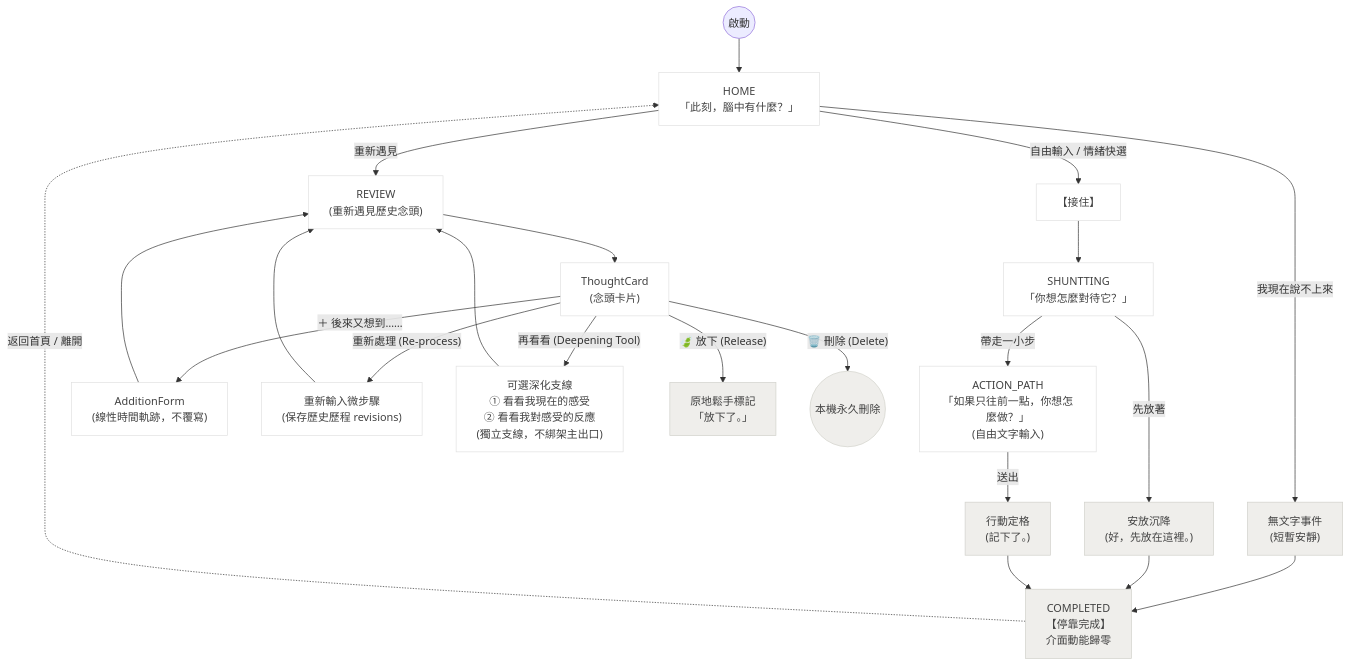
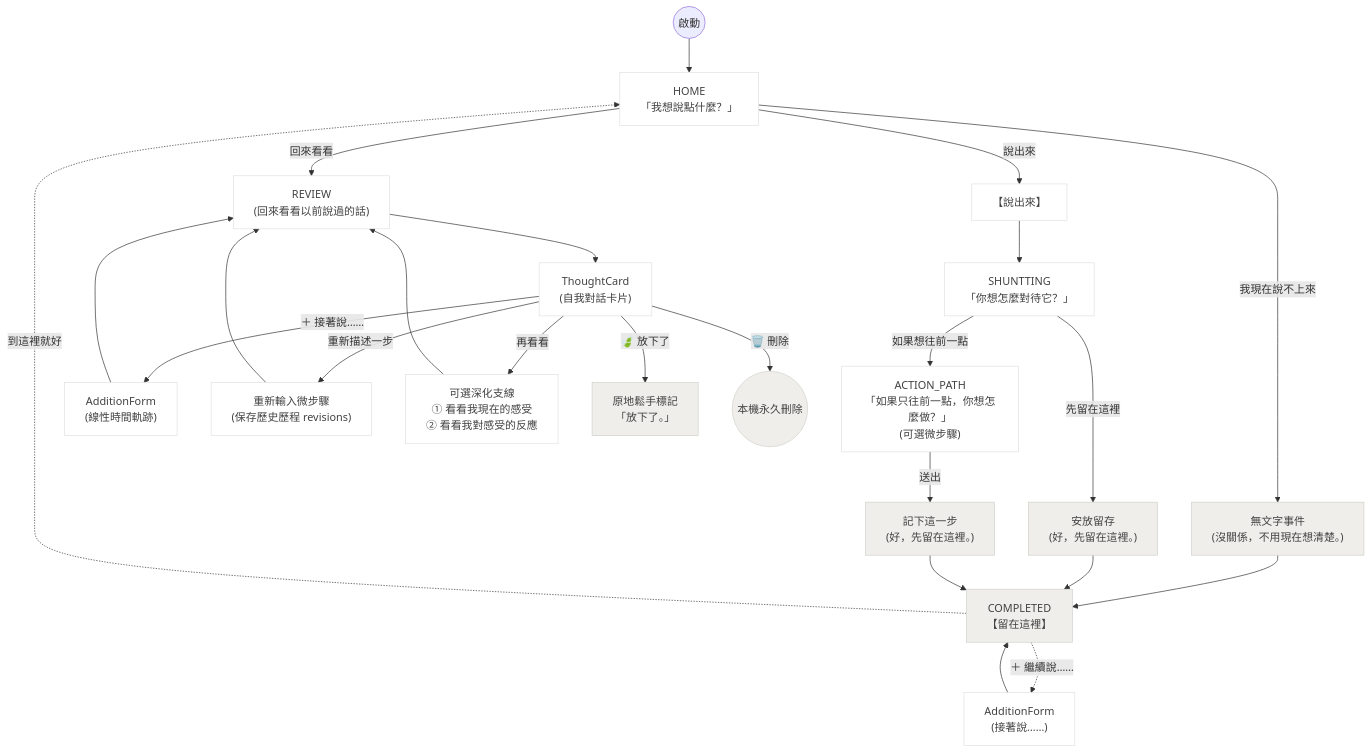
One commit to q5089877/privateMind changed the diagram in flow_diagram.md. Above: the diagram before and after it, drawn with Mermaid. The commit also changed 4 other files, not shown here.

````diff
--- a/flow_diagram.md
+++ b/flow_diagram.md
@@ -1,48 +1,50 @@
 ```mermaid
 flowchart TD
     %% 進入點
-    Start(("啟動")) --> HOME["HOME\n「此刻，腦中有什麼？」"]
+    Start(("啟動")) --> HOME["HOME\n「我想說點什麼？」"]
 
     %% HOME 選擇
-    HOME -- "自由輸入 / 情緒快選" --> RECEIVE["【接住】"]
-    HOME -- "我現在說不上來" --> UNPOKEN["無文字事件\n(短暫安靜)"]
-    HOME -- "重新遇見" --> REVIEW["REVIEW\n(重新遇見歷史念頭)"]
+    HOME -- "說出來" --> RECEIVE["【說出來】"]
+    HOME -- "我現在說不上來" --> UNPOKEN["無文字事件\n(沒關係，不用現在想清楚。)"]
+    HOME -- "回來看看" --> REVIEW["REVIEW\n(回來看看以前說過的話)"]
 
     RECEIVE --> SHUNTTING["SHUNTTING\n「你想怎麼對待它？」"]
 
-    %% SHUNTTING 只有二選一
-    SHUNTTING -- "先放著" --> DEPOSIT_END["安放沉降\n(好，先放在這裡。)"]
-    SHUNTTING -- "帶走一小步" --> ACTION_PATH["ACTION_PATH\n「如果只往前一點，你想怎麼做？」\n(自由文字輸入)"]
-    ACTION_PATH -- "送出" --> ACTION_END["行動定格\n(記下了。)"]
+    %% SHUNTTING
+    SHUNTTING -- "先留在這裡" --> DEPOSIT_END["安放留存\n(好，先留在這裡。)"]
+    SHUNTTING -- "如果想往前一點" --> ACTION_PATH["ACTION_PATH\n「如果只往前一點，你想怎麼做？」\n(可選微步驟)"]
+    ACTION_PATH -- "送出" --> ACTION_END["記下這一步\n(好，先留在這裡。)"]
 
-    %% 停靠完成態（動能歸零）
-    UNPOKEN --> COMPLETED["COMPLETED\n【停靠完成】\n介面動能歸零"]
+    %% 留存完成態
+    UNPOKEN --> COMPLETED["COMPLETED\n【留在這裡】"]
     DEPOSIT_END --> COMPLETED
     ACTION_END --> COMPLETED
 
-    %% 停靠後唯一出口（離開）
-    COMPLETED -. "返回首頁 / 離開" .-> HOME
+    %% 留存後出口
+    COMPLETED -. "到這裡就好" .-> HOME
+    COMPLETED -. "＋ 繼續說……" .-> ADDITION_COMPLETED["AdditionForm\n(接著說……)"]
+    ADDITION_COMPLETED --> COMPLETED
 
-    %% 重新遇見 (REVIEW) 與卡片互動模組
-    REVIEW --> TCARD["ThoughtCard\n(念頭卡片)"]
+    %% 回來看看 (REVIEW) 與卡片互動模組
+    REVIEW --> TCARD["ThoughtCard\n(自我對話卡片)"]
     
     %% 卡片支線操作
-    TCARD -- "＋ 後來又想到……" --> ADDITION_REVIEW["AdditionForm\n(線性時間軌跡，不覆寫)"]
+    TCARD -- "＋ 接著說……" --> ADDITION_REVIEW["AdditionForm\n(線性時間軌跡)"]
     ADDITION_REVIEW --> REVIEW
     
-    TCARD -- "重新處理 (Re-process)" --> REPROCESS["重新輸入微步驟\n(保存歷史歷程 revisions)"]
+    TCARD -- "重新描述一步" --> REPROCESS["重新輸入微步驟\n(保存歷史歷程 revisions)"]
     REPROCESS --> REVIEW
     
-    TCARD -- "再看看 (Deepening Tool)" --> DEEPEN["可選深化支線\n① 看看我現在的感受\n② 看看我對感受的反應\n(獨立支線，不綁架主出口)"]
+    TCARD -- "再看看" --> DEEPEN["可選深化支線\n① 看看我現在的感受\n② 看看我對感受的反應"]
     DEEPEN --> REVIEW
 
-    TCARD -- "🍃 放下 (Release)" --> RELEASE_STATE["原地鬆手標記\n「放下了。」"]
-    TCARD -- "🗑️ 刪除 (Delete)" --> DELETE_STATE(("本機永久刪除"))
+    TCARD -- "🍃 放下了" --> RELEASE_STATE["原地鬆手標記\n「放下了。」"]
+    TCARD -- "🗑️ 刪除" --> DELETE_STATE(("本機永久刪除"))
 
     %% 樣式定義
     classDef state fill:#FFFFFF,stroke:#E0E0E0,stroke-width:1px,color:#424242;
     classDef ending fill:#EFEEEB,stroke:#D1D1CB,stroke-width:1px,color:#424242;
     
-    class HOME,RECEIVE,SHUNTTING,ACTION_PATH,REVIEW,ADDITION_REVIEW,TCARD,REPROCESS,DEEPEN state;
+    class HOME,RECEIVE,SHUNTTING,ACTION_PATH,REVIEW,ADDITION_COMPLETED,ADDITION_REVIEW,TCARD,REPROCESS,DEEPEN state;
     class COMPLETED,DEPOSIT_END,ACTION_END,UNPOKEN,RELEASE_STATE,DELETE_STATE ending;
 ```
````
